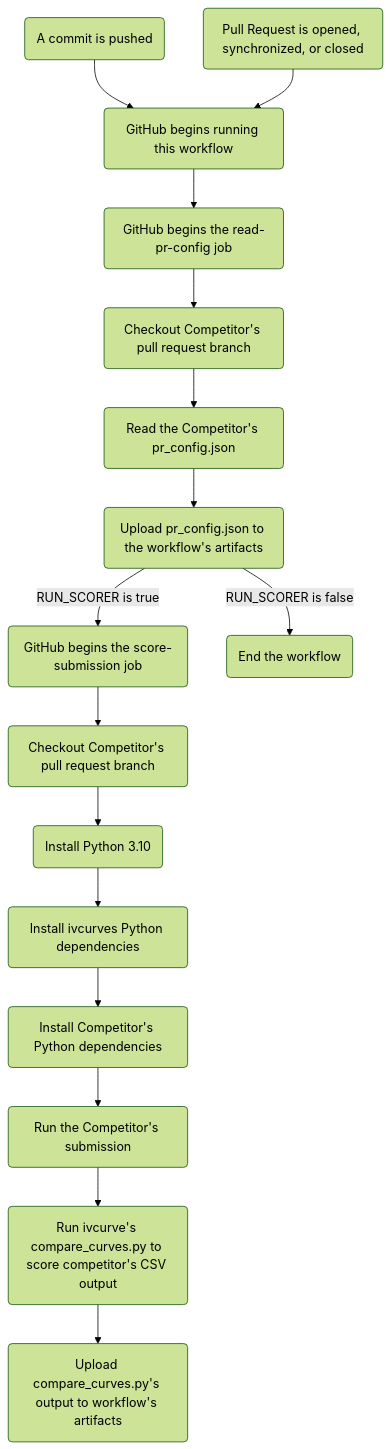
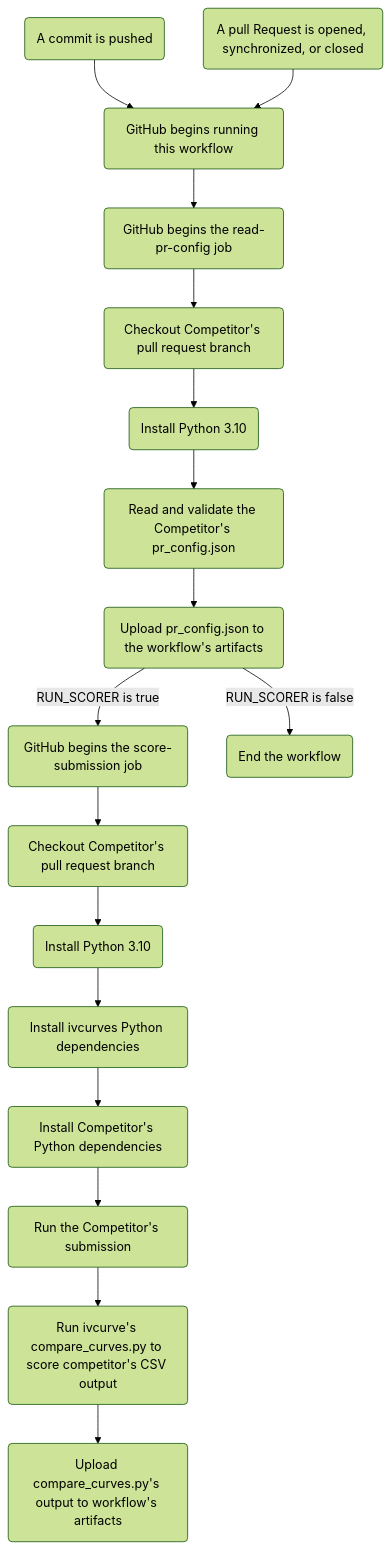
The diagram in docs/sphinx/source/reference/github_workflows/score_submission.rst (uofutahcapstoneahjregistryteam/ivcurves), drawn with Mermaid (forest theme) before and after one commit. The commit also changed 4 other files, not shown here.

Commit message:
adding flowcharts for GitHub workflows, adding more docstrings

```diff
--- a/docs/sphinx/source/reference/github_workflows/score_submission.rst
+++ b/docs/sphinx/source/reference/github_workflows/score_submission.rst
@@ -4,29 +4,30 @@
 .. mermaid:: 
 
    flowchart
    Push(A commit is pushed)
-   PullRequest(Pull Request is opened, synchronized, or closed)
+   PullRequest(A pull Request is opened, synchronized, or closed)
 
    Push --> StartWorkflow(GitHub begins running this workflow)
    PullRequest --> StartWorkflow
 
    StartWorkflow --> StartReadPRConfigJob(GitHub begins the read-pr-config job)
 
    StartReadPRConfigJob --> CheckoutReadPRConfig(Checkout Competitor's pull request branch)
+   CheckoutReadPRConfig --> InstallPython310ReadPRConfig(Install Python 3.10)
 
-   CheckoutReadPRConfig --> ReadPRConfig(Read the Competitor's pr_config.json)
+   InstallPython310ReadPRConfig --> ReadPRConfig(Read and validate the Competitor's pr_config.json)
 
    ReadPRConfig --> UploadPRConfig(Upload pr_config.json to the workflow's artifacts)
    
    UploadPRConfig -->|RUN_SCORER is true| StartScoreSubmissionJob(GitHub begins the score-submission job)
    UploadPRConfig -->|RUN_SCORER is false| TerminateWorkflow(End the workflow)
 
    StartScoreSubmissionJob --> CheckoutScoreSubmission(Checkout Competitor's pull request branch)
-   CheckoutScoreSubmission --> InstallPython310(Install Python 3.10)
-   InstallPython310 --> InstallIVCurvesDependencies(Install ivcurves Python dependencies)
+   CheckoutScoreSubmission --> InstallPython310ScoreSubmission(Install Python 3.10)
+   InstallPython310ScoreSubmission --> InstallIVCurvesDependencies(Install ivcurves Python dependencies)
    InstallIVCurvesDependencies --> InstallCompetitorDependencies(Install Competitor's Python dependencies)
 
    InstallCompetitorDependencies --> RunCompetitorSubmission(Run the Competitor's submission)
    RunCompetitorSubmission --> ScoreCompetitorOutput(Run ivcurve's compare_curves.py to score competitor's CSV output)
 
    ScoreCompetitorOutput --> UploadOverallScores(Upload compare_curves.py's output to workflow's artifacts)
```
